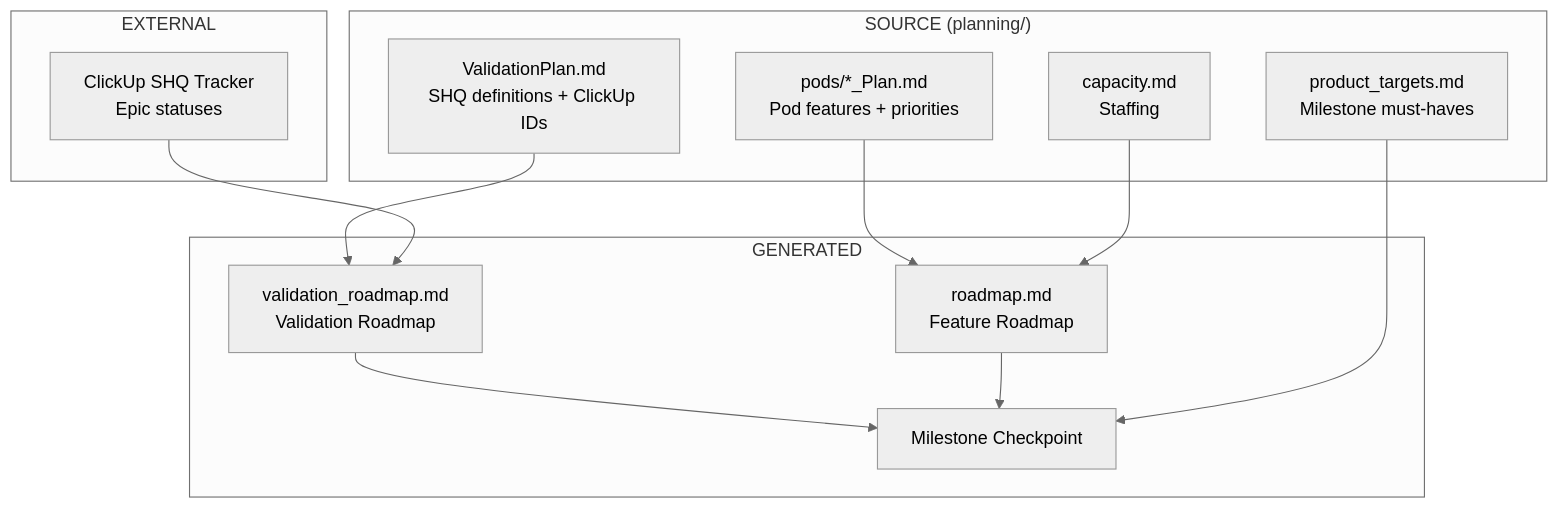
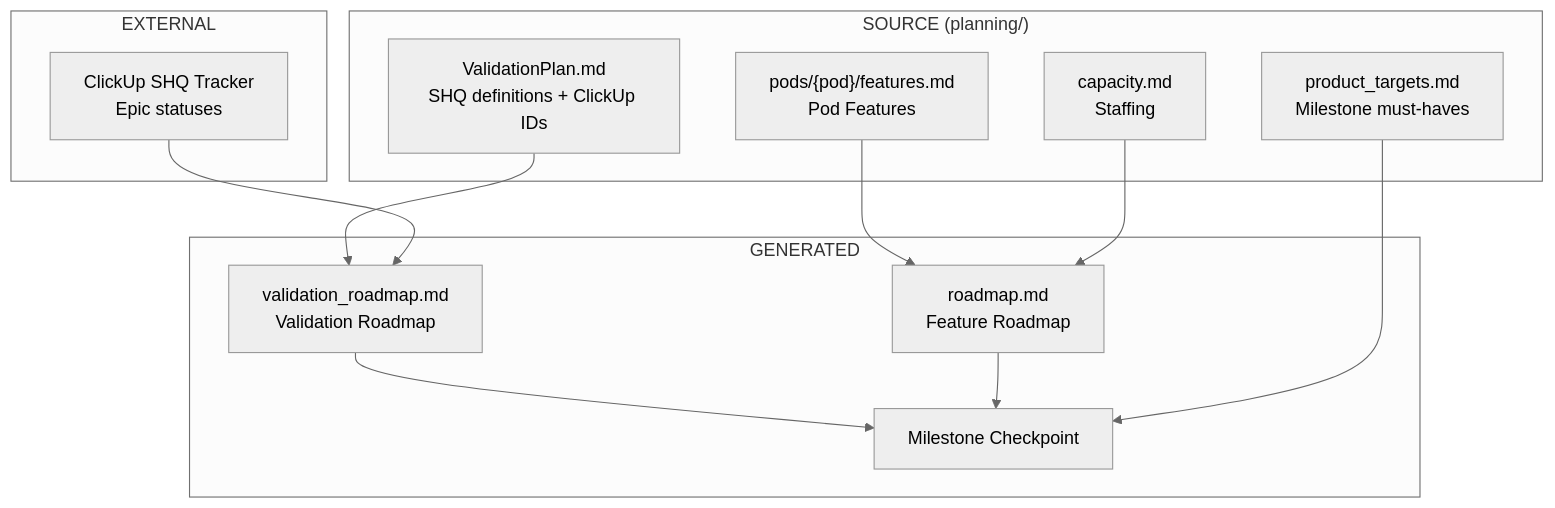
Before and after one commit to timwilliams-prod/proj-chimera-documentation-brain: the first of 2 diagrams in project-charter.md, drawn with Mermaid (neutral theme). The commit also changed other lines of this file and 50 other files, not shown here.

````diff
--- a/project-charter.md
+++ b/project-charter.md
@@ -186,27 +187,27 @@
 ```mermaid
 graph TD
     subgraph "SOURCE (planning/)"
         PT["product_targets.md<br/>Milestone must-haves"]
         VP["ValidationPlan.md<br/>SHQ definitions + ClickUp IDs"]
-        PP["pods/*_Plan.md<br/>Pod features + priorities"]
+        PP["pods/{pod}/features.md<br/>Pod Features"]
         CAP["capacity.md<br/>Staffing"]
     end
 
     subgraph "EXTERNAL"
         CU["ClickUp SHQ Tracker<br/>Epic statuses"]
     end
 
     subgraph "GENERATED"
         VR["validation_roadmap.md<br/>Validation Roadmap"]
         FR["roadmap.md<br/>Feature Roadmap"]
         MC["Milestone Checkpoint"]
     end
 
     VP --> VR
     CU --> VR
     PP --> FR
     CAP --> FR
     VR --> MC
     FR --> MC
     PT --> MC
 ```
````
